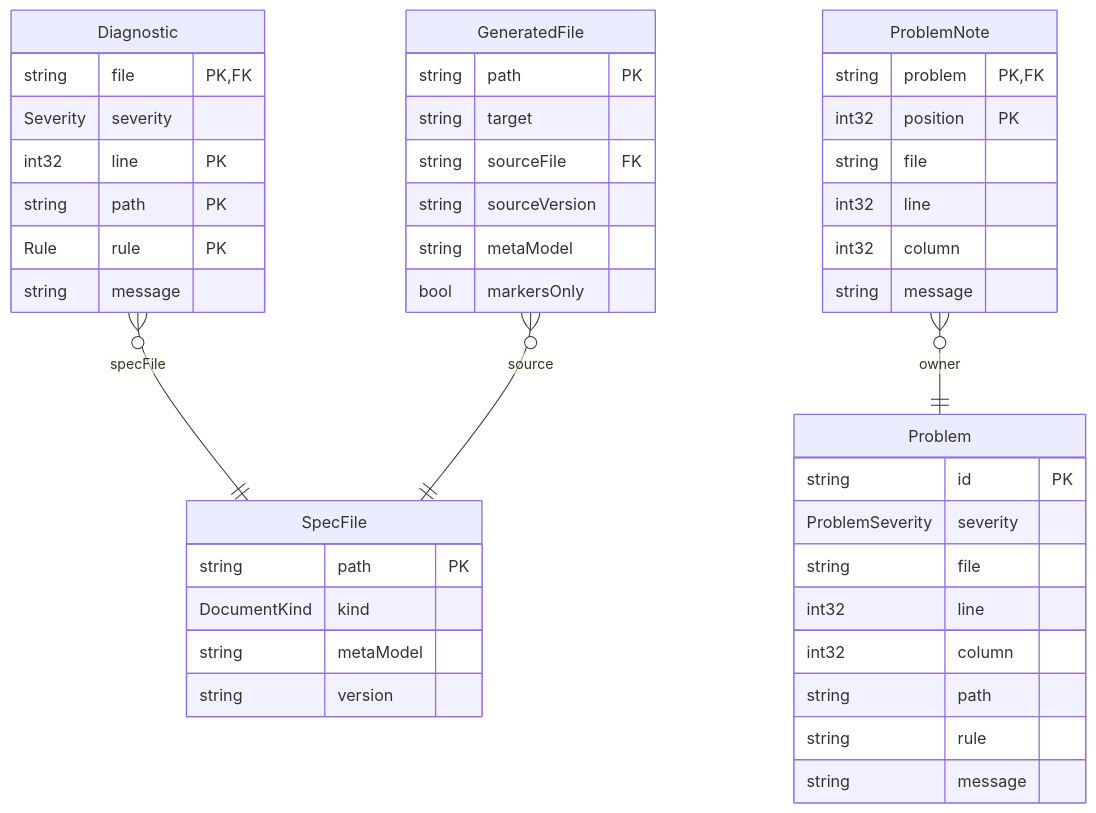
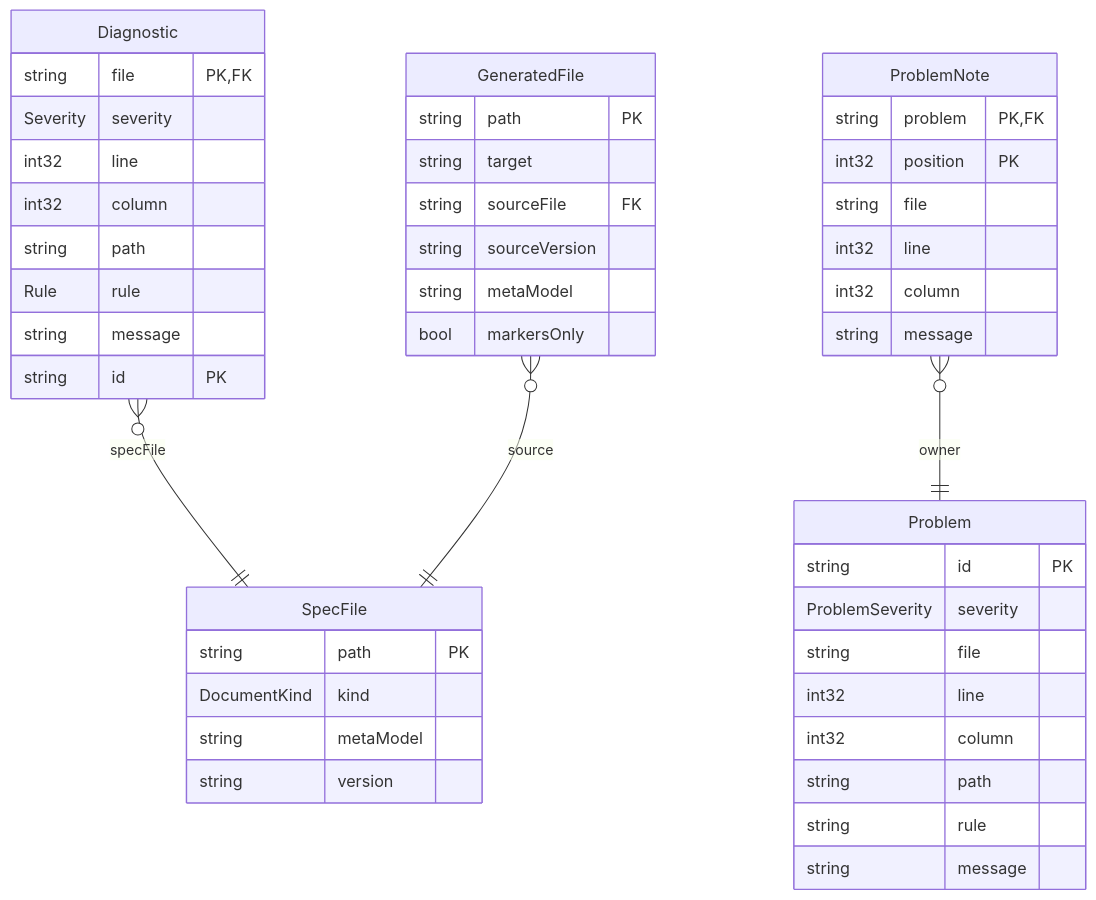
One commit to SpecArch/specarch changed the second of 3 diagrams in spec/specarch.md. Above: the diagram before and after it, drawn with Mermaid. The commit also changed other lines of this file and 184 other files, not shown here.

First line of the commit message:
Print the column and the id on every diagnostic line, in both builds

````diff
--- a/spec/specarch.md
+++ b/spec/specarch.md
@@ -77,46 +77,48 @@
 ```mermaid
 erDiagram
   Diagnostic }o--|| SpecFile : specFile
   GeneratedFile }o--|| SpecFile : source
   ProblemNote }o--|| Problem : owner
   Diagnostic {
     string file PK, FK
     Severity severity
-    int32 line PK
-    string path PK
-    Rule rule PK
+    int32 line
+    int32 column
+    string path
+    Rule rule
     string message
+    string id PK
   }
   GeneratedFile {
     string path PK
     string target
     string sourceFile FK
     string sourceVersion
     string metaModel
     bool markersOnly
   }
   Problem {
     string id PK
     ProblemSeverity severity
     string file
     int32 line
     int32 column
     string path
     string rule
     string message
   }
   ProblemNote {
     string problem PK, FK
     int32 position PK
     string file
     int32 line
     int32 column
     string message
   }
   SpecFile {
     string path PK
     DocumentKind kind
     string metaModel
     string version
   }
 ```
````
